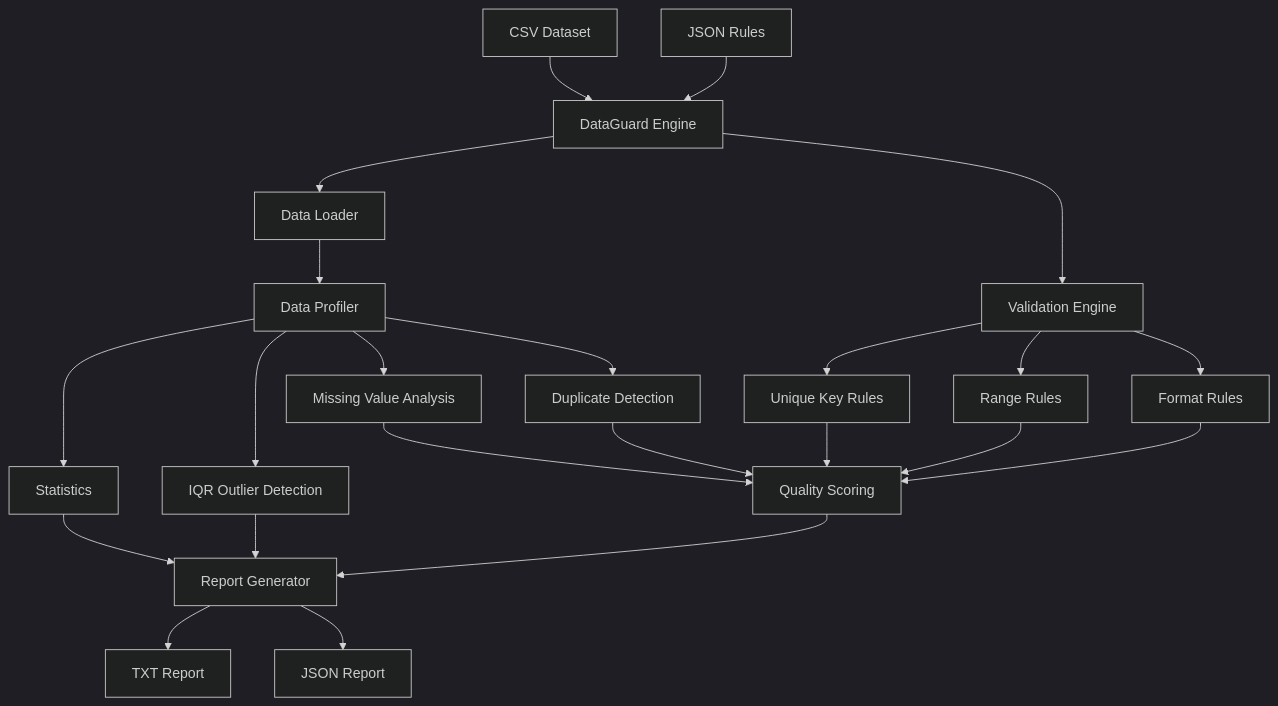
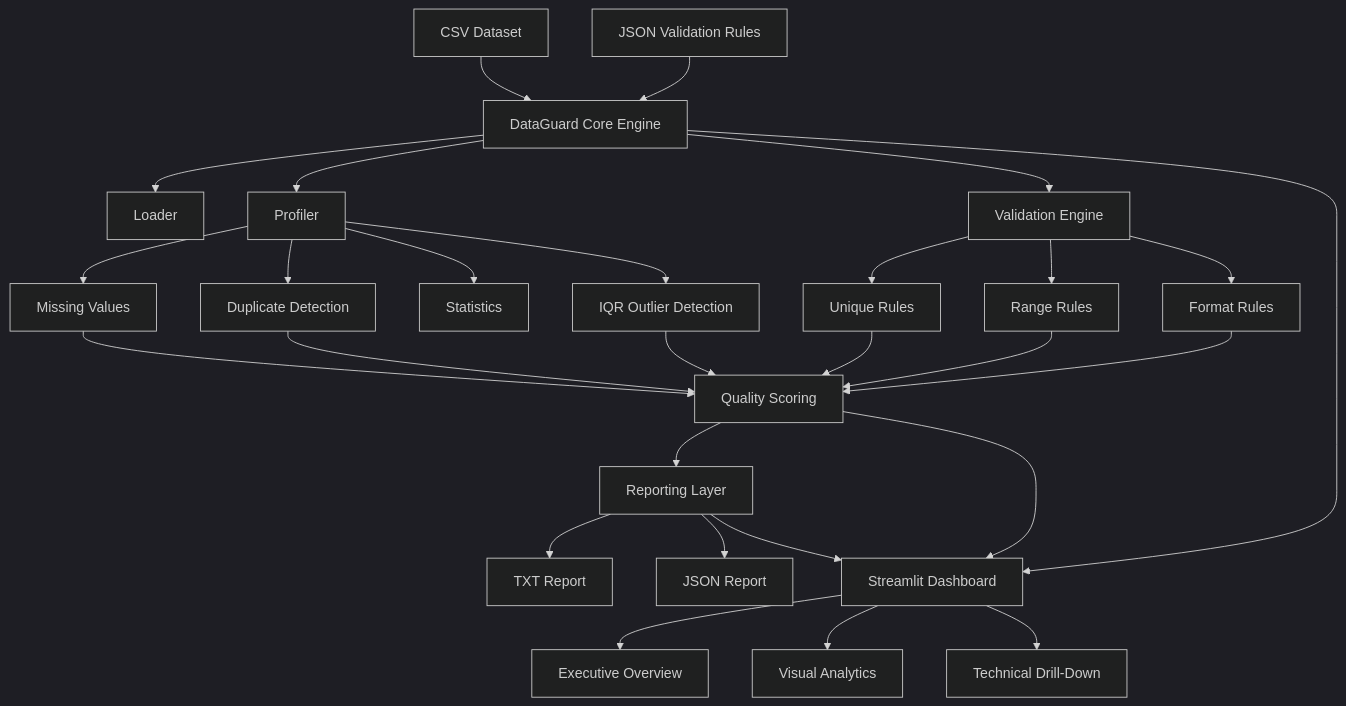
Before and after one commit to ThejeswarReddy661/dataguard: the diagram in README.md, drawn with Mermaid (dark theme). The commit also changed other lines of this file and 4 other files, not shown here.

````diff
--- a/README.md
+++ b/README.md
@@ -48,32 +96,30 @@
 ```mermaid
 flowchart TD
-    A["CSV Dataset"] --> C["DataGuard Engine"]
-    B["JSON Rules"] --> C
-
-    C --> D["Data Loader"]
-    D --> E["Data Profiler"]
-
-    E --> F["Missing Value Analysis"]
-    E --> G["Duplicate Detection"]
-    E --> H["Statistics"]
-    E --> I["IQR Outlier Detection"]
-
-    C --> J["Validation Engine"]
-
-    J --> K["Unique Key Rules"]
-    J --> L["Range Rules"]
-    J --> M["Format Rules"]
-
-    F --> N["Quality Scoring"]
-    G --> N
+    A["CSV Dataset"] --> C["DataGuard Core Engine"]
+    B["JSON Validation Rules"] --> C
+    C --> D["Loader"]
+    C --> E["Profiler"]
+    C --> F["Validation Engine"]
+    E --> G["Missing Values"]
+    E --> H["Duplicate Detection"]
+    E --> I["Statistics"]
+    E --> J["IQR Outlier Detection"]
+    F --> K["Unique Rules"]
+    F --> L["Range Rules"]
+    F --> M["Format Rules"]
+    G --> N["Quality Scoring"]
+    H --> N
+    J --> N
     K --> N
     L --> N
     M --> N
-
-    H --> O["Report Generator"]
-    I --> O
-    N --> O
-
+    N --> O["Reporting Layer"]
     O --> P["TXT Report"]
     O --> Q["JSON Report"]
+    C --> R["Streamlit Dashboard"]
+    N --> R
+    O --> R
+    R --> S["Executive Overview"]
+    R --> T["Visual Analytics"]
+    R --> U["Technical Drill-Down"]
 ```
````
